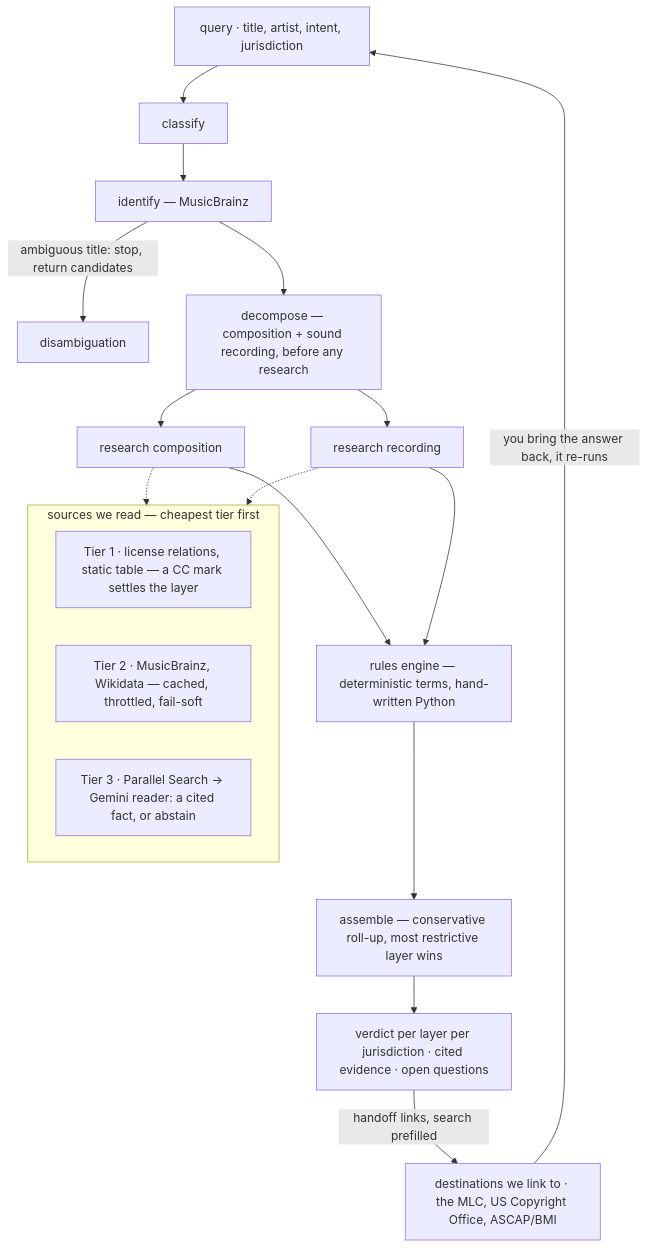
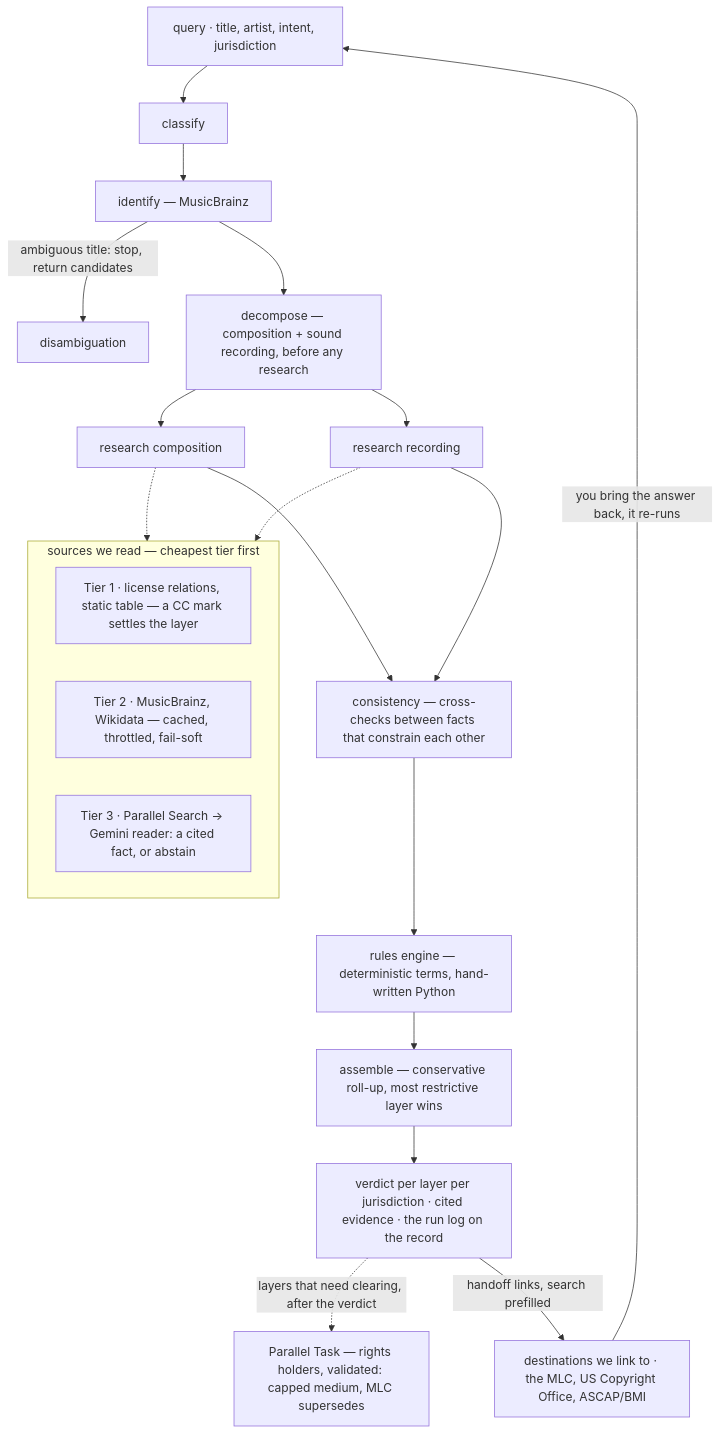
One commit to stevemikedan/can-i-use-this changed the diagram in README.md. Above: the diagram before and after it, drawn with Mermaid. The commit also changed other lines of this file and 1 other file, not shown here.

````diff
--- a/README.md
+++ b/README.md
@@ -31,22 +31,24 @@
 ```mermaid
 flowchart TD
   Q["query · title, artist, intent, jurisdiction"] --> CL[classify]
   CL --> ID["identify — MusicBrainz"]
   ID -- "ambiguous title: stop, return candidates" --> DA[disambiguation]
   ID --> DE["decompose — composition + sound recording, before any research"]
   DE --> RC["research composition"]
   DE --> RR["research recording"]
   subgraph READ ["sources we read — cheapest tier first"]
     T1["Tier 1 · license relations, static table — a CC mark settles the layer"]
     T2["Tier 2 · MusicBrainz, Wikidata — cached, throttled, fail-soft"]
     T3["Tier 3 · Parallel Search → Gemini reader: a cited fact, or abstain"]
   end
   RC -.-> READ
   RR -.-> READ
-  RC --> RU["rules engine — deterministic terms, hand-written Python"]
-  RR --> RU
+  RC --> CO["consistency — cross-checks between facts that constrain each other"]
+  RR --> CO
+  CO --> RU["rules engine — deterministic terms, hand-written Python"]
   RU --> AS["assemble — conservative roll-up, most restrictive layer wins"]
-  AS --> OUT["verdict per layer per jurisdiction · cited evidence · open questions"]
+  AS --> OUT["verdict per layer per jurisdiction · cited evidence · the run log on the record"]
+  OUT -. "layers that need clearing, after the verdict" .-> TK["Parallel Task — rights holders, validated: capped medium, MLC supersedes"]
   OUT -- "handoff links, search prefilled" --> DEST["destinations we link to · the MLC, US Copyright Office, ASCAP/BMI"]
   DEST -- "you bring the answer back, it re-runs" --> Q
 ```
````
